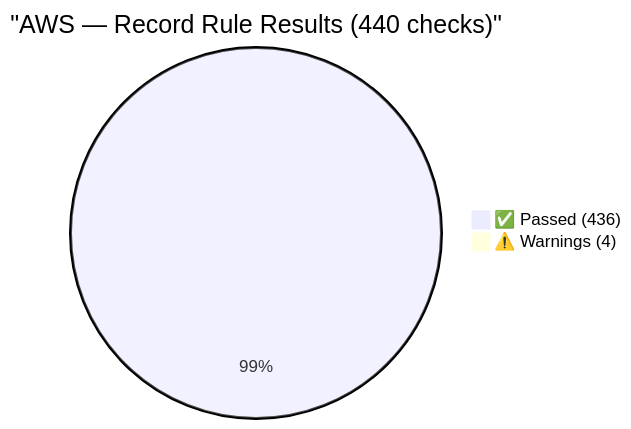
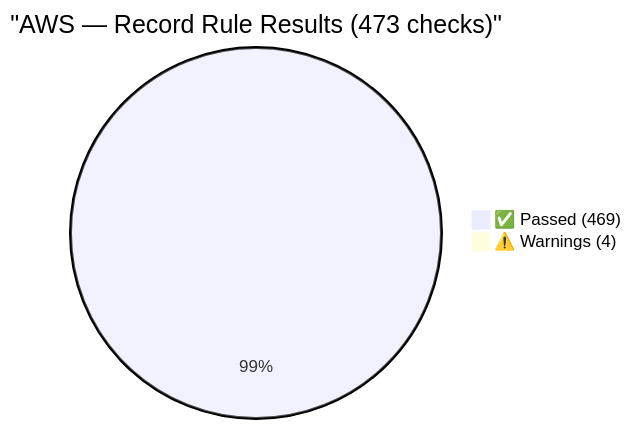
One commit to Vulnetix/ietf-crit-spec changed the fourth of 8 diagrams in tests/reports/crit-test-report.md. Above: the diagram before and after it, drawn with Mermaid. The commit also changed other lines of this file and 14 other files, not shown here.

````diff
--- a/tests/reports/crit-test-report.md
+++ b/tests/reports/crit-test-report.md
@@ -157,5 +160,5 @@
 ```mermaid
-pie title "AWS — Record Rule Results (440 checks)"
-    "✅ Passed (436)" : 436
+pie title "AWS — Record Rule Results (473 checks)"
+    "✅ Passed (469)" : 469
     "⚠️ Warnings (4)" : 4
 ```
````
